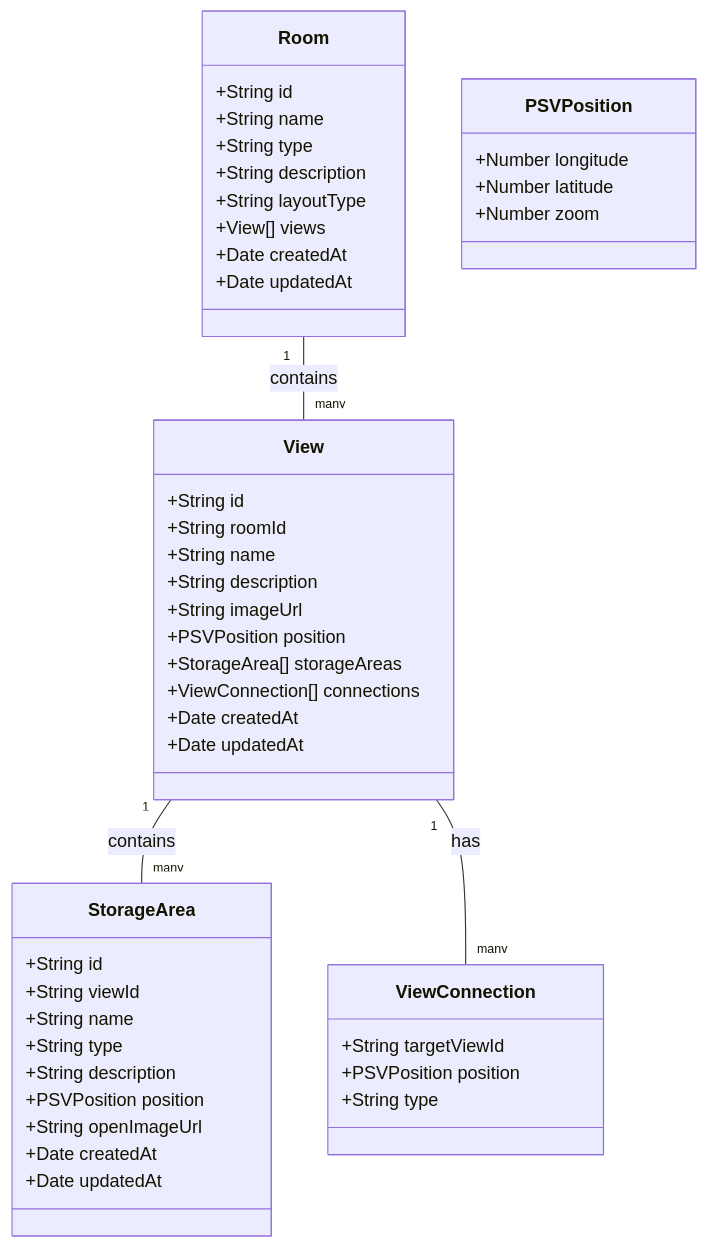
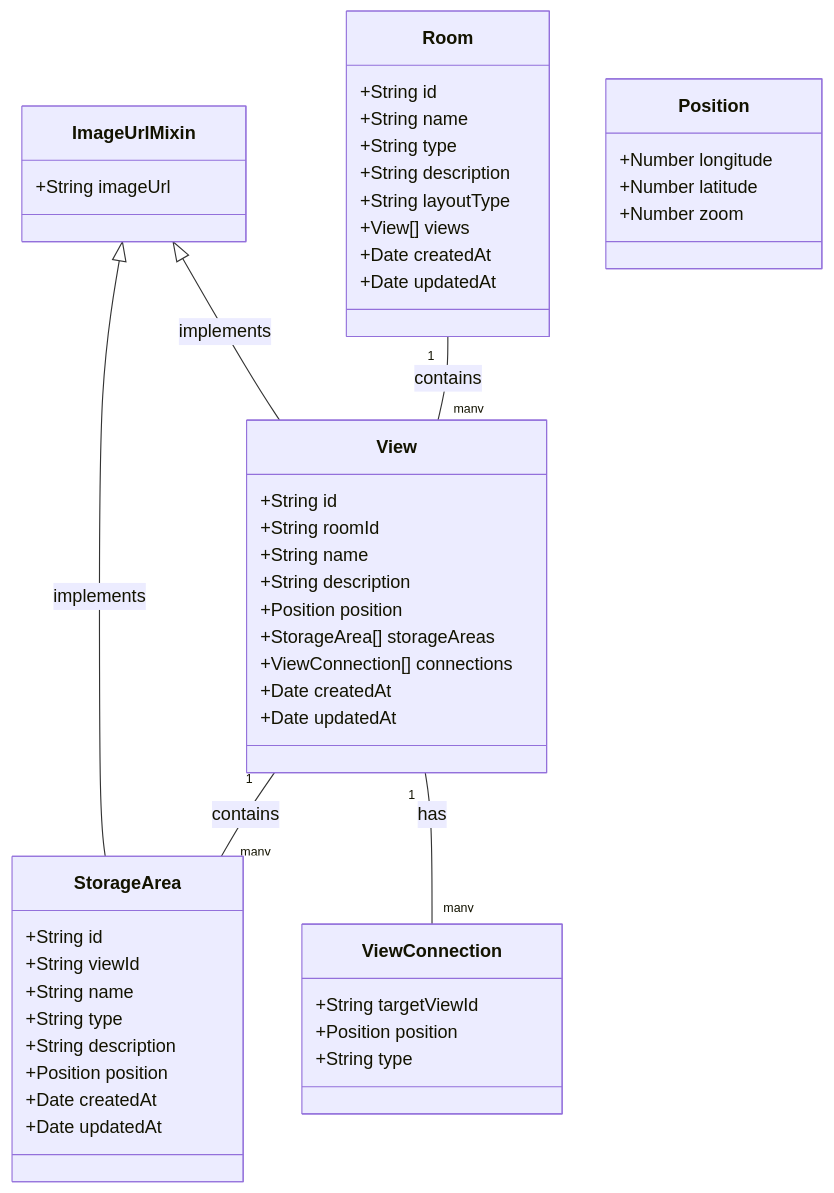
One commit to straiforos/kitchen-360 changed the first of 11 diagrams in docs/ARCHITECTURE.md. Above: the diagram before and after it, drawn with Mermaid. The commit also changed other lines of this file, not shown here.

First line of the commit message:
Enhance architecture documentation with new ImageUrlMixin and Position classes

````diff
--- a/docs/ARCHITECTURE.md
+++ b/docs/ARCHITECTURE.md
@@ -44,54 +44,58 @@
 ```mermaid
 classDiagram
+    class ImageUrlMixin {
+        +String imageUrl
+    }
+
     class Room {
         +String id
         +String name
         +String type
         +String description
         +String layoutType
         +View[] views
         +Date createdAt
         +Date updatedAt
     }
 
     class View {
         +String id
         +String roomId
         +String name
         +String description
-        +String imageUrl
-        +PSVPosition position
+        +Position position
         +StorageArea[] storageAreas
         +ViewConnection[] connections
         +Date createdAt
         +Date updatedAt
     }
 
     class StorageArea {
         +String id
         +String viewId
         +String name
         +String type
         +String description
-        +PSVPosition position
-        +String openImageUrl
+        +Position position
         +Date createdAt
         +Date updatedAt
     }
 
-    class PSVPosition {
+    class Position {
         +Number longitude
         +Number latitude
         +Number zoom
     }
 
     class ViewConnection {
         +String targetViewId
-        +PSVPosition position
+        +Position position
         +String type
     }
 
+    ImageUrlMixin <|-- View : implements
+    ImageUrlMixin <|-- StorageArea : implements
     Room "1" -- "many" View : contains
     View "1" -- "many" StorageArea : contains
     View "1" -- "many" ViewConnection : has
 ```
````
